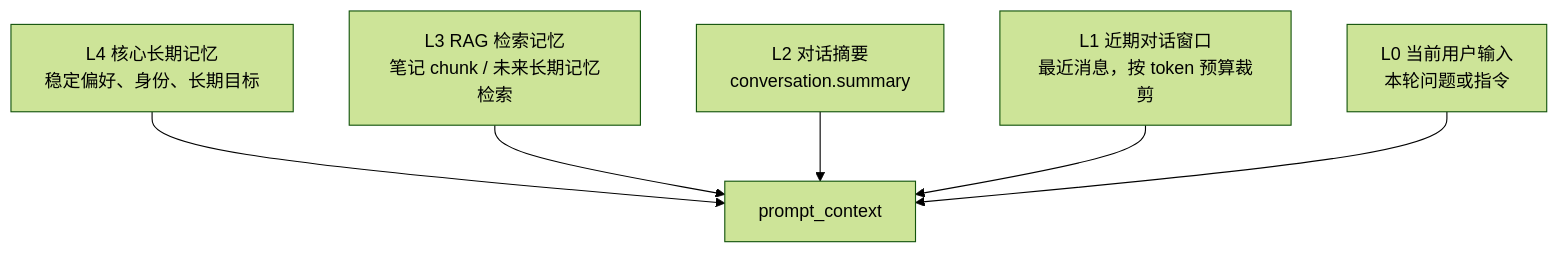
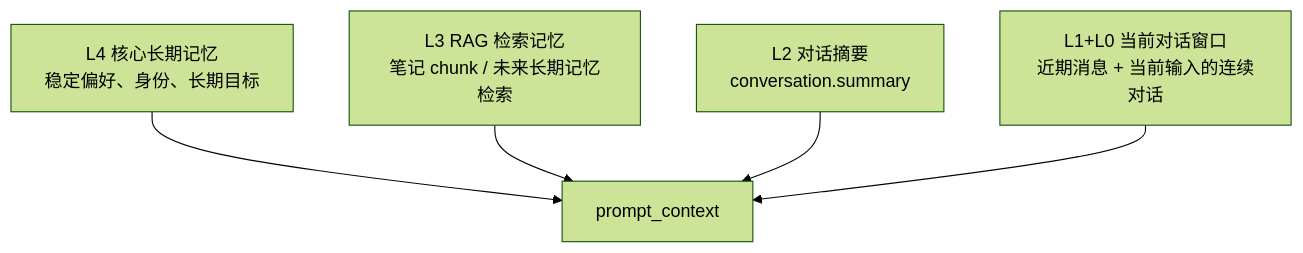
Before and after one commit to LiuJiaxuan1024/AiMemo: the first of 2 diagrams in docs/agent/context-pyramid.md, drawn with Mermaid (forest theme). The commit also changed other lines of this file and 26 other files, not shown here.

````diff
--- a/docs/agent/context-pyramid.md
+++ b/docs/agent/context-pyramid.md
@@ -26,8 +26,7 @@
 ```mermaid
 flowchart TB
     L4[L4 核心长期记忆<br/>稳定偏好、身份、长期目标] --> Prompt[prompt_context]
     L3[L3 RAG 检索记忆<br/>笔记 chunk / 未来长期记忆检索] --> Prompt
     L2[L2 对话摘要<br/>conversation.summary] --> Prompt
-    L1[L1 近期对话窗口<br/>最近消息，按 token 预算裁剪] --> Prompt
-    L0[L0 当前用户输入<br/>本轮问题或指令] --> Prompt
+    Window[L1+L0 当前对话窗口<br/>近期消息 + 当前输入的连续对话] --> Prompt
 ```
````
